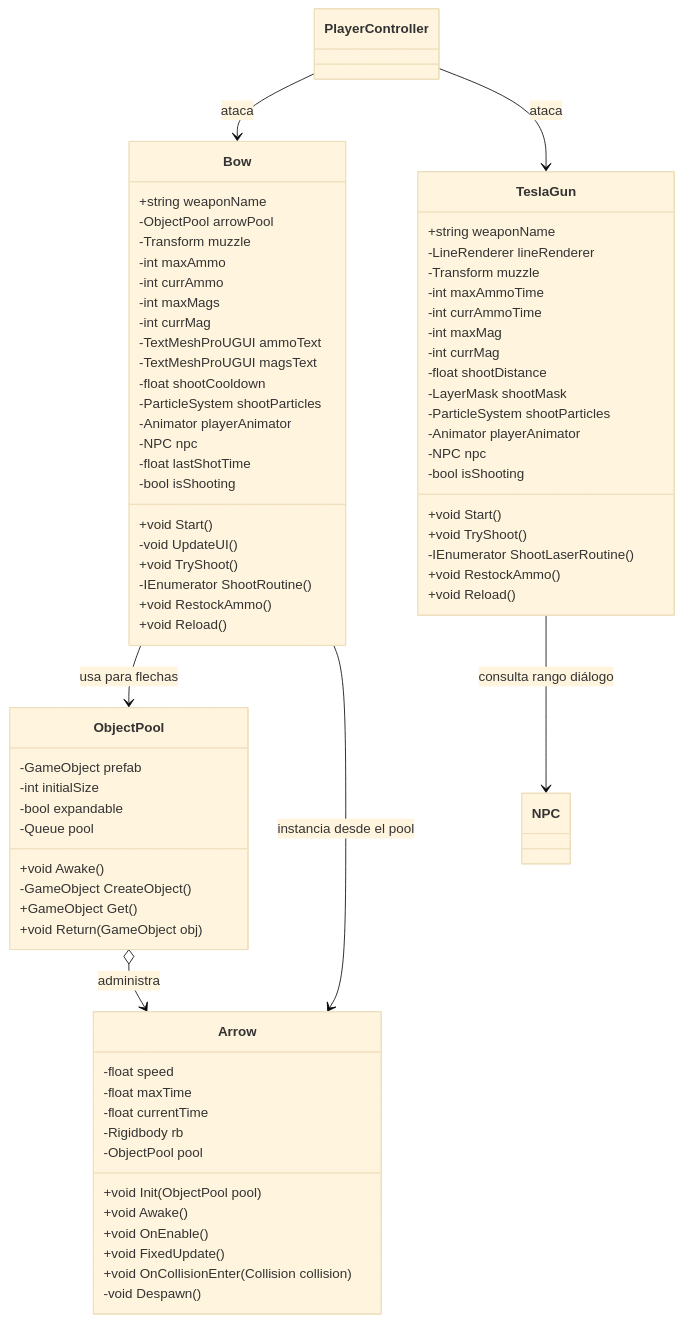
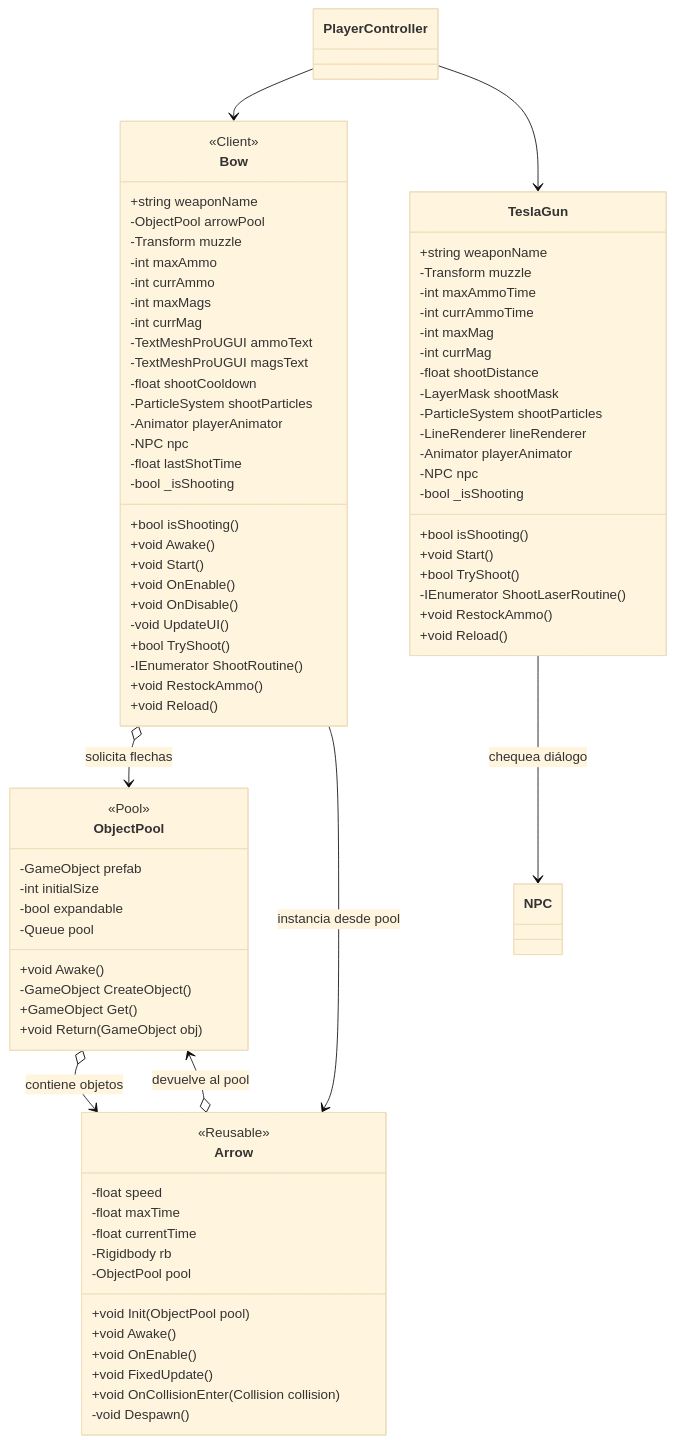
The third of 6 diagrams in README.md (darwok/TheNewFrontier), drawn with Mermaid (base theme) before and after one commit. The commit also changed other lines of this file, not shown here.

````diff
--- a/README.md
+++ b/README.md
@@ -192,6 +217,9 @@
 ```mermaid
 classDiagram
+direction TB
+
 class ObjectPool {
+  <<Pool>>
   -GameObject prefab
   -int initialSize
   -bool expandable
@@ -203,6 +231,7 @@
 }
 
 class Arrow {
+  <<Reusable>>
   -float speed
   -float maxTime
   -float currentTime
@@ -217,6 +246,7 @@
 }
 
 class Bow {
+  <<Client>>
   +string weaponName
   -ObjectPool arrowPool
   -Transform muzzle
@@ -231,10 +261,14 @@
   -Animator playerAnimator
   -NPC npc
   -float lastShotTime
-  -bool isShooting
+  -bool _isShooting
+  +bool isShooting()
+  +void Awake()
   +void Start()
+  +void OnEnable()
+  +void OnDisable()
   -void UpdateUI()
-  +void TryShoot()
+  +bool TryShoot()
   -IEnumerator ShootRoutine()
   +void RestockAmmo()
   +void Reload()
@@ -242,7 +276,6 @@
 
 class TeslaGun {
   +string weaponName
-  -LineRenderer lineRenderer
   -Transform muzzle
   -int maxAmmoTime
   -int currAmmoTime
@@ -251,20 +284,23 @@
   -float shootDistance
   -LayerMask shootMask
   -ParticleSystem shootParticles
+  -LineRenderer lineRenderer
   -Animator playerAnimator
   -NPC npc
-  -bool isShooting
+  -bool _isShooting
+  +bool isShooting()
   +void Start()
-  +void TryShoot()
+  +bool TryShoot()
   -IEnumerator ShootLaserRoutine()
   +void RestockAmmo()
   +void Reload()
 }
 
-ObjectPool o--> Arrow : administra
-Bow --> ObjectPool : usa para flechas
-Bow --> Arrow : instancia desde el pool
-TeslaGun --> NPC : consulta rango diálogo
-PlayerController --> Bow : ataca
-PlayerController --> TeslaGun : ataca
+ObjectPool o--> Arrow : contiene objetos
+Arrow o--> ObjectPool : devuelve al pool
+Bow o--> ObjectPool : solicita flechas
+Bow --> Arrow : instancia desde pool
+PlayerController --> Bow
+PlayerController --> TeslaGun
+TeslaGun --> NPC : chequea diálogo
 ```
````
